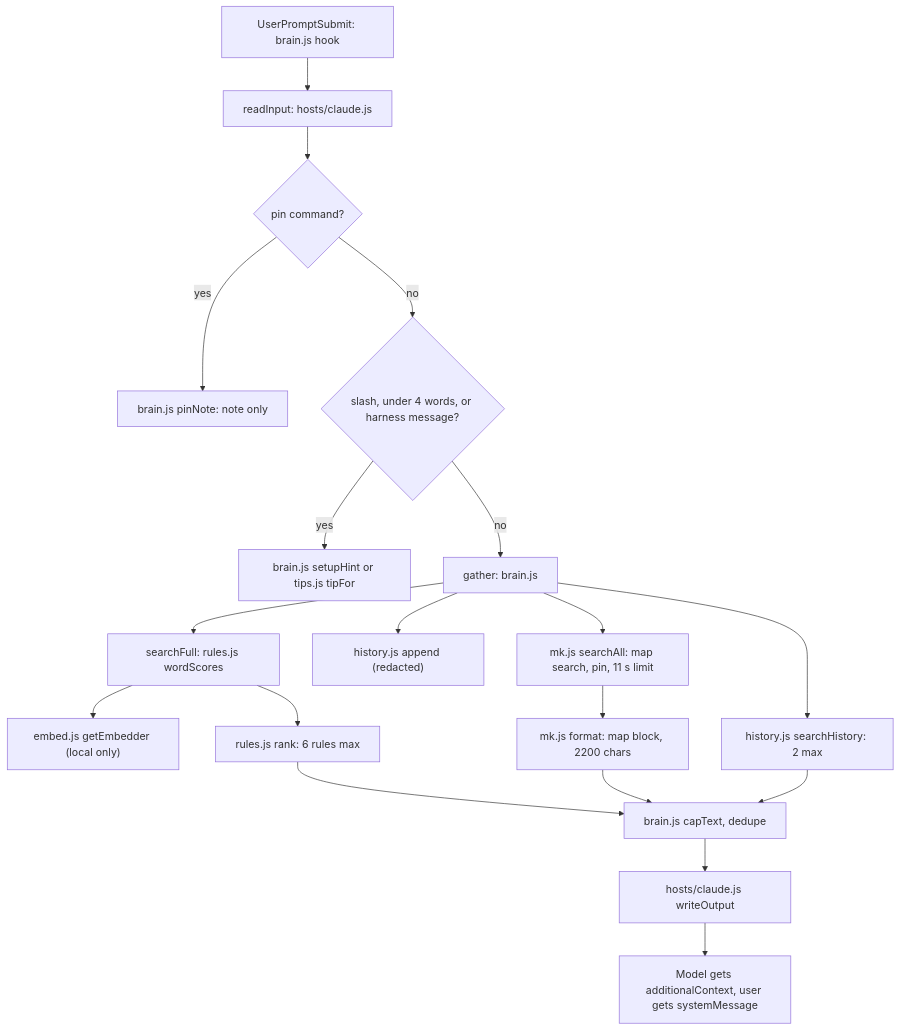
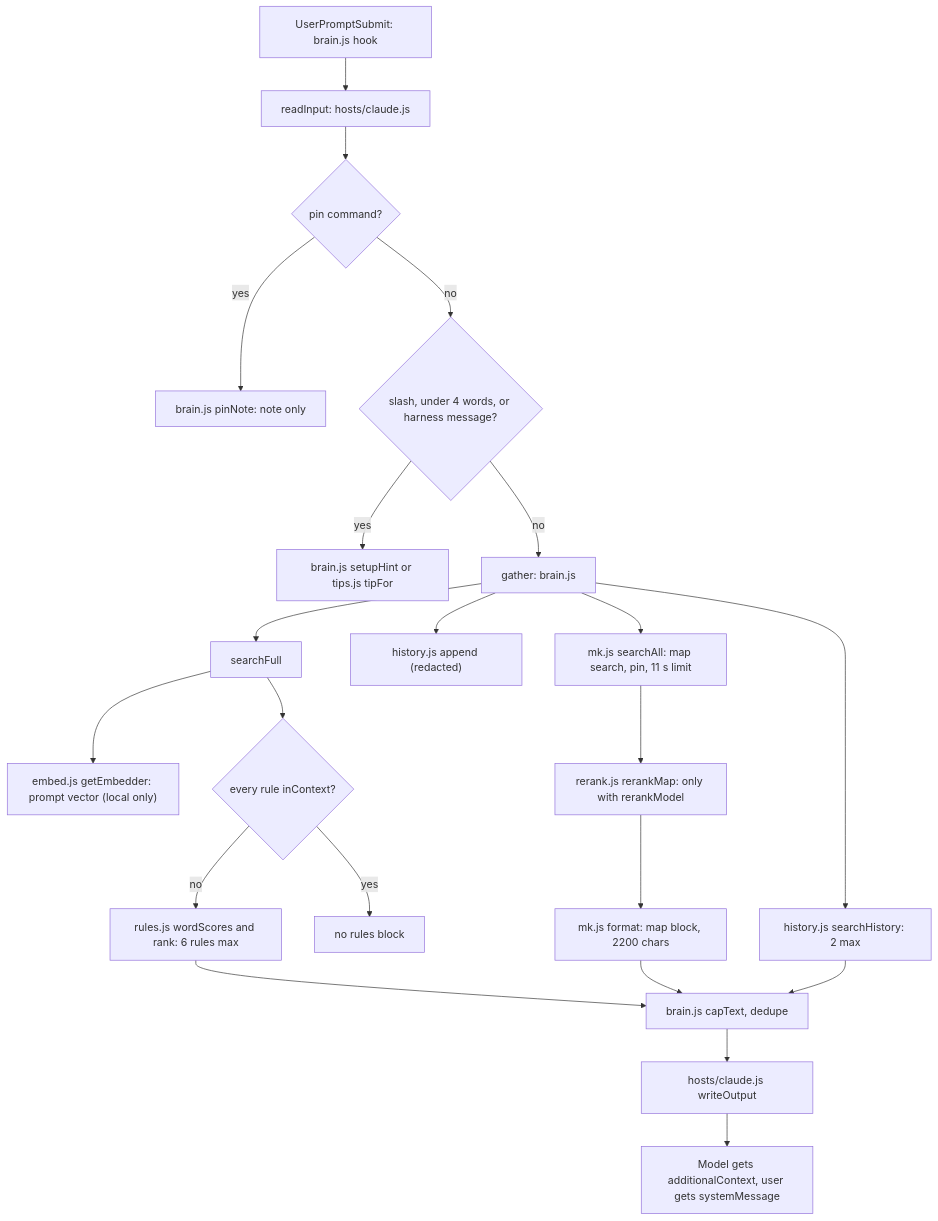
The diagram in repo-docs/business/workflows/W01-one-prompt.md (ThanhNVan/gabriel-plugin), drawn with Mermaid before and after one commit. The commit also changed other lines of this file and 21 other files, not shown here.

````diff
--- a/repo-docs/business/workflows/W01-one-prompt.md
+++ b/repo-docs/business/workflows/W01-one-prompt.md
@@ -26,21 +26,24 @@
 ```mermaid
 flowchart TD
   A["UserPromptSubmit: brain.js hook"] --> B["readInput: hosts/claude.js"]
   B --> P{"pin command?"}
   P -- yes --> Q["brain.js pinNote: note only"]
   P -- no --> C{"slash, under 4 words, or harness message?"}
   C -- yes --> H["brain.js setupHint or tips.js tipFor"]
   C -- no --> D["gather: brain.js"]
-  D --> E["searchFull: rules.js wordScores"]
-  E --> F["embed.js getEmbedder (local only)"]
+  D --> E["searchFull"]
+  E --> F["embed.js getEmbedder: prompt vector (local only)"]
+  E --> S{"every rule inContext?"}
+  S -- no --> I["rules.js wordScores and rank: 6 rules max"]
+  S -- yes --> I2["no rules block"]
   D --> G["history.js append (redacted)"]
-  E --> I["rules.js rank: 6 rules max"]
   D --> J["mk.js searchAll: map search, pin, 11 s limit"]
-  J --> K["mk.js format: map block, 2200 chars"]
+  J --> R["rerank.js rerankMap: only with rerankModel"]
+  R --> K["mk.js format: map block, 2200 chars"]
   D --> L["history.js searchHistory: 2 max"]
   I --> M["brain.js capText, dedupe"]
   K --> M
   L --> M
   M --> N["hosts/claude.js writeOutput"]
   N --> O["Model gets additionalContext, user gets systemMessage"]
 ```
````
